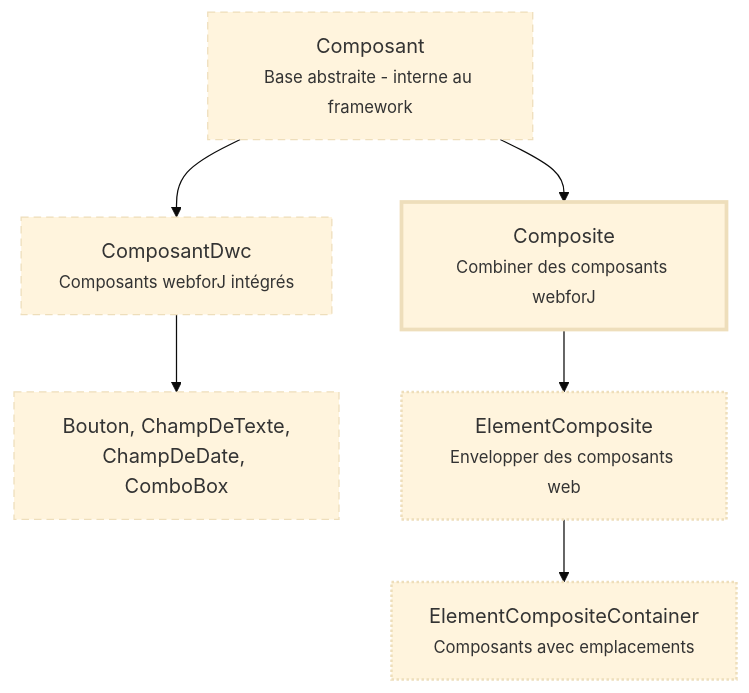
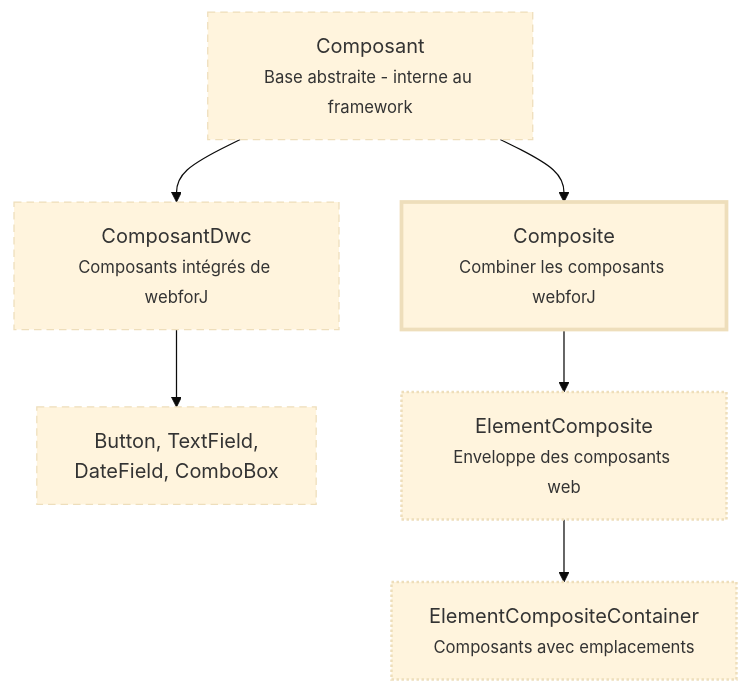
Before and after one commit to webforj/webforj-documentation: the diagram in docs/i18n/fr/docusaurus-plugin-content-docs/current/building-ui/component-fundamentals.md, drawn with Mermaid (base theme). The commit also changed other lines of this file and 1016 other files, not shown here.

````diff
--- a/docs/i18n/fr/docusaurus-plugin-content-docs/current/building-ui/component-fundamentals.md
+++ b/docs/i18n/fr/docusaurus-plugin-content-docs/current/building-ui/component-fundamentals.md
@@ -52,19 +55,19 @@
 ```mermaid
 graph TD
   A[Composant<br/><small>Base abstraite - interne au framework</small>]
-  
-  A --> B[ComposantDwc<br/><small>Composants webforJ intégrés</small>]
-  A --> C[Composite<br/><small>Combiner des composants webforJ</small>]
-  
-  B --> E[Bouton, ChampDeTexte,<br/>ChampDeDate, ComboBox]
-  
-  C --> D[ElementComposite<br/><small>Envelopper des composants web</small>]
+
+  A --> B[ComposantDwc<br/><small>Composants intégrés de webforJ</small>]
+  A --> C[Composite<br/><small>Combiner les composants webforJ</small>]
+
+  B --> E[Button, TextField,<br/>DateField, ComboBox]
+
+  C --> D[ElementComposite<br/><small>Enveloppe des composants web</small>]
   D --> F[ElementCompositeContainer<br/><small>Composants avec emplacements</small>]
 
   classDef internal stroke-dasharray:6 4,stroke-width:1px
   classDef primary stroke-width:3px
   classDef secondary stroke-width:2px,stroke-dasharray:2 2
   class A,B,E internal
   class C primary
   class D,F secondary
 ```
````
